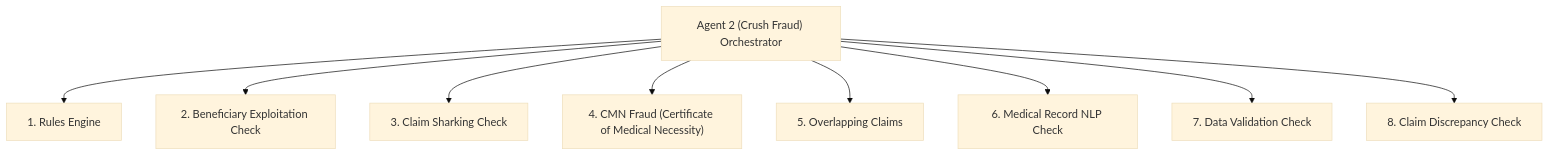
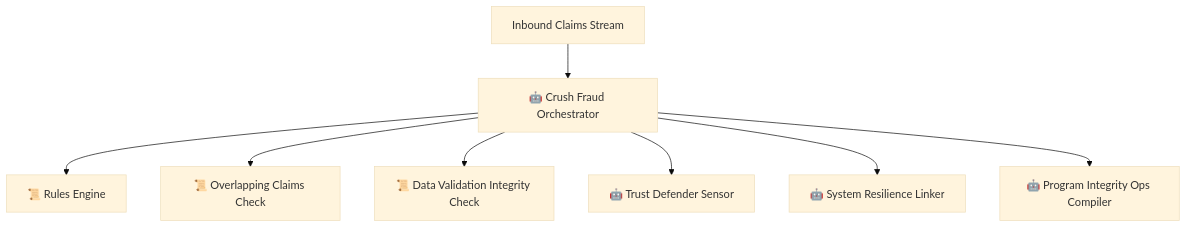
The second of 3 diagrams in README.md (farahomer1/cms-fraud-shield3), drawn with Mermaid (base theme) before and after one commit. The commit also changed other lines of this file, not shown here.

Commit message:
docs: update README.md to accurately document the 7 active CMS agents architecture

````diff
--- a/README.md
+++ b/README.md
@@ -128,11 +130,10 @@
 ```mermaid
 graph TD
-    A2["Agent 2 (Crush Fraud) Orchestrator"] --> S1["1. Rules Engine"]
-    A2 --> S2["2. Beneficiary Exploitation Check"]
-    A2 --> S3["3. Claim Sharking Check"]
-    A2 --> S4["4. CMN Fraud (Certificate of Medical Necessity)"]
-    A2 --> S5["5. Overlapping Claims"]
-    A2 --> S6["6. Medical Record NLP Check"]
-    A2 --> S7["7. Data Validation Check"]
-    A2 --> S8["8. Claim Discrepancy Check"]
+    Inbound[Inbound Claims Stream] --> CF["🤖 Crush Fraud Orchestrator"]
+    CF --> RE["📜 Rules Engine"]
+    CF --> OC["📜 Overlapping Claims Check"]
+    CF --> DV["📜 Data Validation Integrity Check"]
+    CF --> TD["🤖 Trust Defender Sensor"]
+    CF --> SR["🤖 System Resilience Linker"]
+    CF --> PI["🤖 Program Integrity Ops Compiler"]
 ```
````
